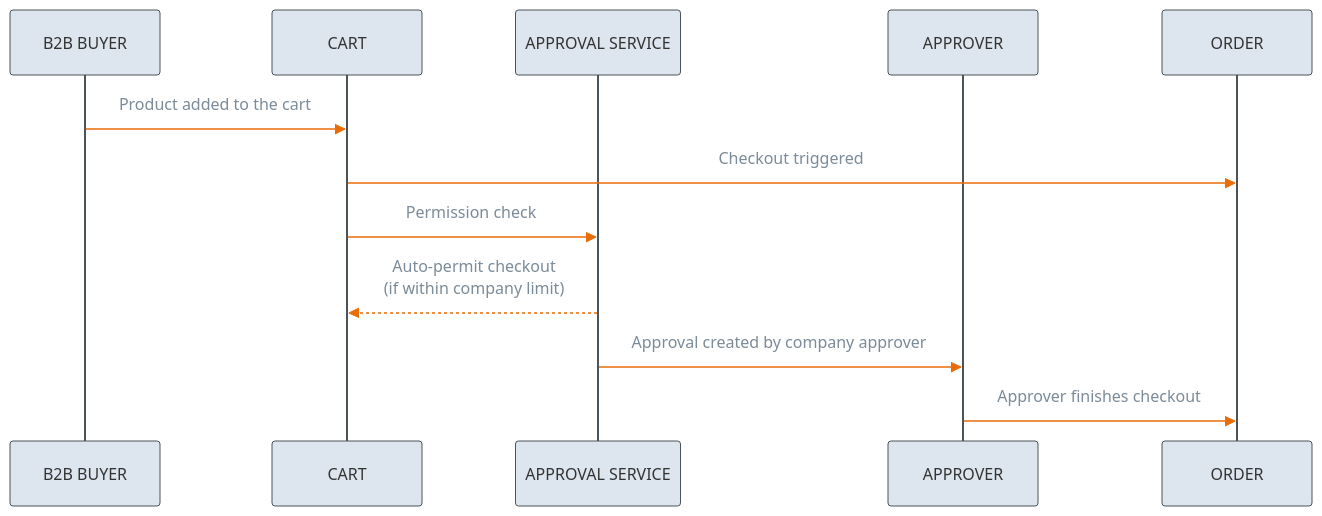
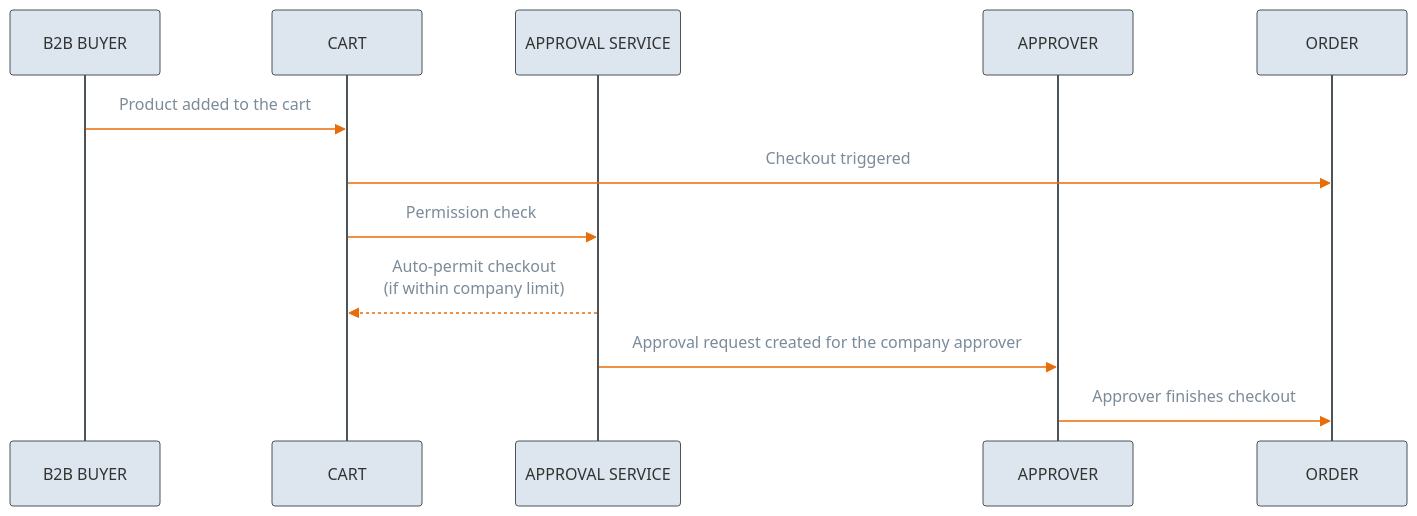
One commit to emporix/api-references changed the third of 7 diagrams in companies-and-customers/approval-service/approval.md. Above: the diagram before and after it, drawn with Mermaid. The commit also changed other lines of this file, not shown here.

Commit message:
COP-5406 Quote approval

````diff
--- a/companies-and-customers/approval-service/approval.md
+++ b/companies-and-customers/approval-service/approval.md
@@ -148,31 +148,31 @@
 ```mermaid
 ---
 config:
   layout: fixed
   theme: base
   themeVariables:
     primaryColor: '#DDE6EE'
     primaryBorderColor: '#4C5359'
     actorBkg: '#DDE6EE'
     actorBorder: '#4C5359'
     actorLineColor: '#4C5359'
     signalColor: '#E86C07'
     signalTextColor: '#7B8B99'
     background: transparent 
 ---
 sequenceDiagram
     participant Buyer as B2B BUYER
     participant Cart as CART
     participant Approval as APPROVAL SERVICE
     participant Approver as APPROVER
     participant Order as ORDER
 
     Buyer ->> Cart: Product added to the cart
     Cart ->> Order: Checkout triggered
 
     Cart ->> Approval: Permission check
     Approval -->> Cart: Auto-permit checkout<br/>(if within company limit)
 
-    Approval ->> Approver: Approval created by company approver
+    Approval ->> Approver: Approval request created for the company approver
     Approver ->> Order: Approver finishes checkout
 ```
````
